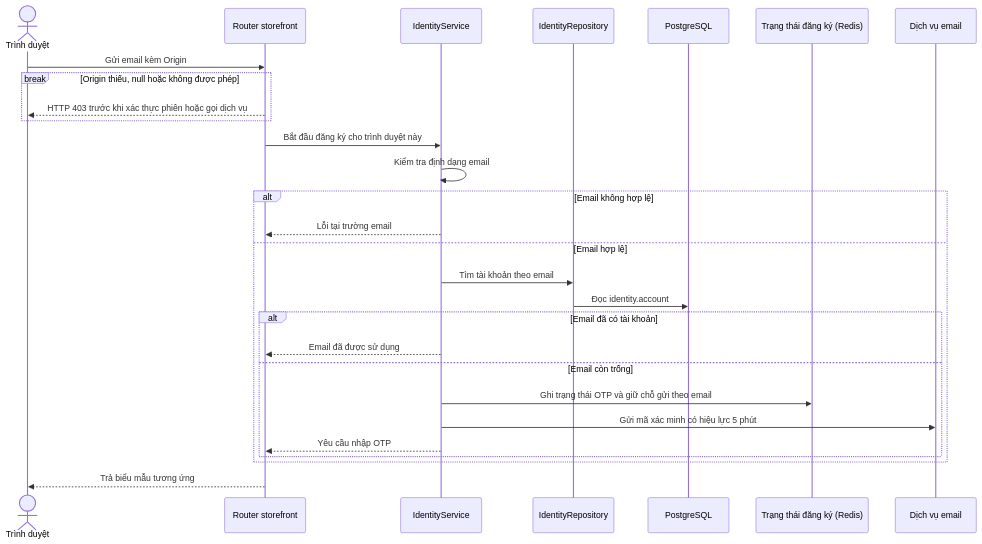
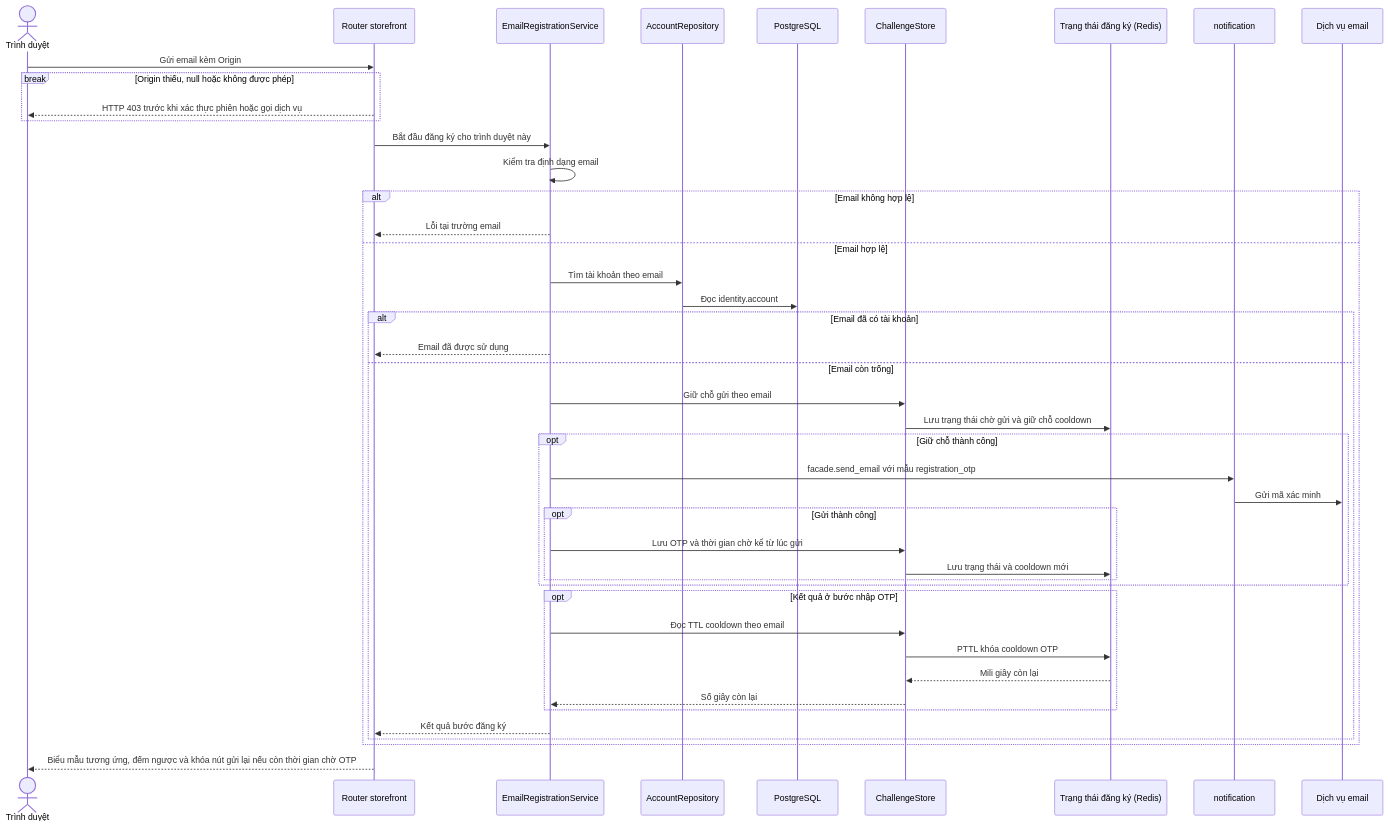
One commit to thanhklt/sobie-swimwear-e-commerce changed the diagram in docs/sequence/identity/post-register-email.md. Above: the diagram before and after it, drawn with Mermaid. The commit also changed other lines of this file and 127 other files, not shown here.

````diff
--- a/docs/sequence/identity/post-register-email.md
+++ b/docs/sequence/identity/post-register-email.md
@@ -5,30 +5,46 @@
 ```mermaid
 sequenceDiagram
     actor Browser as Trình duyệt
     participant Route as Router storefront
-    participant Service as IdentityService
-    participant Repo as IdentityRepository
+    participant Service as EmailRegistrationService
+    participant Repo as AccountRepository
     participant DB as PostgreSQL
+    participant Store as ChallengeStore
     participant Redis as Trạng thái đăng ký (Redis)
+    participant Notification as notification
     participant Mail as Dịch vụ email
     Browser->>Route: Gửi email kèm Origin
     break Origin thiếu, null hoặc không được phép
         Route-->>Browser: HTTP 403 trước khi xác thực phiên hoặc gọi dịch vụ
     end
     Route->>Service: Bắt đầu đăng ký cho trình duyệt này
     Service->>Service: Kiểm tra định dạng email
     alt Email không hợp lệ
         Service-->>Route: Lỗi tại trường email
     else Email hợp lệ
         Service->>Repo: Tìm tài khoản theo email
         Repo->>DB: Đọc identity.account
         alt Email đã có tài khoản
             Service-->>Route: Email đã được sử dụng
         else Email còn trống
-            Service->>Redis: Ghi trạng thái OTP và giữ chỗ gửi theo email
-            Service->>Mail: Gửi mã xác minh có hiệu lực 5 phút
-            Service-->>Route: Yêu cầu nhập OTP
+            Service->>Store: Giữ chỗ gửi theo email
+            Store->>Redis: Lưu trạng thái chờ gửi và giữ chỗ cooldown
+            opt Giữ chỗ thành công
+                Service->>Notification: facade.send_email với mẫu registration_otp
+                Notification->>Mail: Gửi mã xác minh
+                opt Gửi thành công
+                    Service->>Store: Lưu OTP và thời gian chờ kể từ lúc gửi
+                    Store->>Redis: Lưu trạng thái và cooldown mới
+                end
+            end
+            opt Kết quả ở bước nhập OTP
+                Service->>Store: Đọc TTL cooldown theo email
+                Store->>Redis: PTTL khóa cooldown OTP
+                Redis-->>Store: Mili giây còn lại
+                Store-->>Service: Số giây còn lại
+            end
+            Service-->>Route: Kết quả bước đăng ký
         end
     end
-    Route-->>Browser: Trả biểu mẫu tương ứng
+    Route-->>Browser: Biểu mẫu tương ứng, đếm ngược và khóa nút gửi lại nếu còn thời gian chờ OTP
 ```
````
